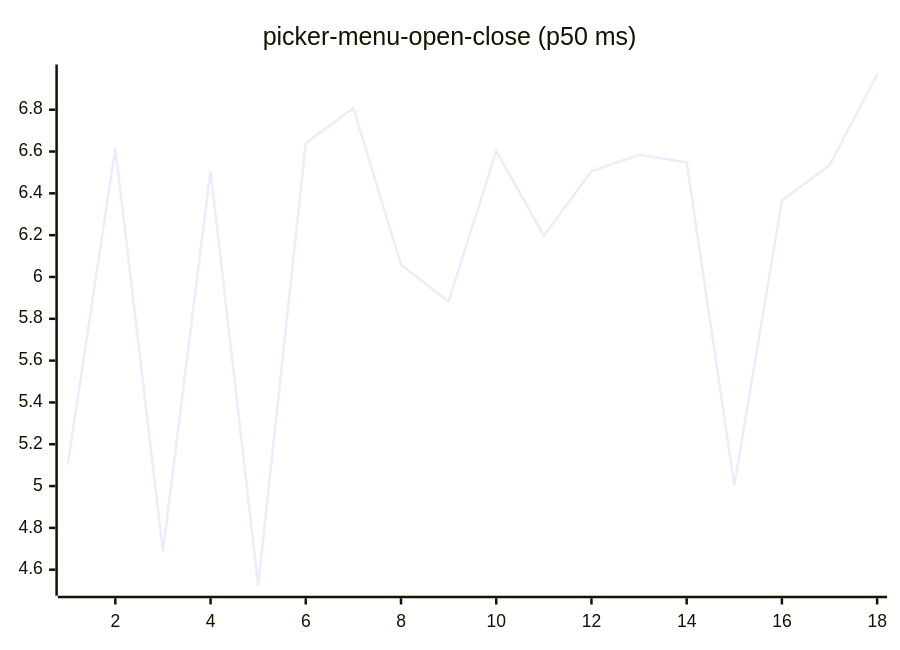
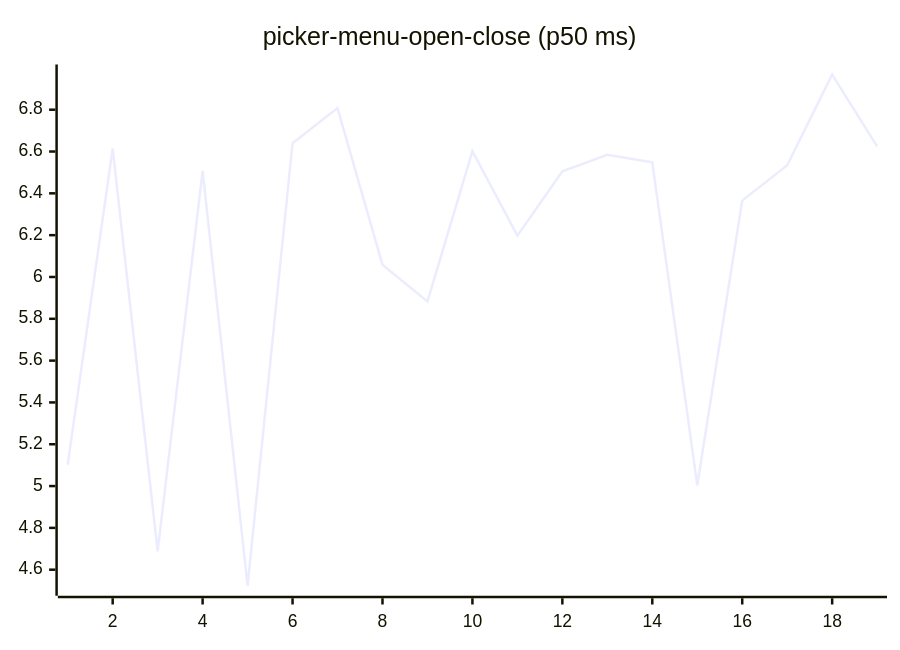
One commit to josha/Facet changed diagram 16 of 27 in README.md. Above: the diagram before and after it, drawn with Mermaid. The commit also changed other lines of this file and 2 other files, not shown here.

````diff
--- a/README.md
+++ b/README.md
@@ -168,6 +168,6 @@
 ```mermaid
 xychart-beta
     title "picker-menu-open-close (p50 ms)"
-    x-axis 1 --> 18
-    line [5.1020, 6.6154, 4.6873, 6.5076, 4.5232, 6.6400, 6.8077, 6.0581, 5.8829, 6.6018, 6.1978, 6.5053, 6.5840, 6.5483, 5.0039, 6.3653, 6.5343, 6.9684]
+    x-axis 1 --> 19
+    line [5.1020, 6.6154, 4.6873, 6.5076, 4.5232, 6.6400, 6.8077, 6.0581, 5.8829, 6.6018, 6.1978, 6.5053, 6.5840, 6.5483, 5.0039, 6.3653, 6.5343, 6.9684, 6.6249]
 ```
````
